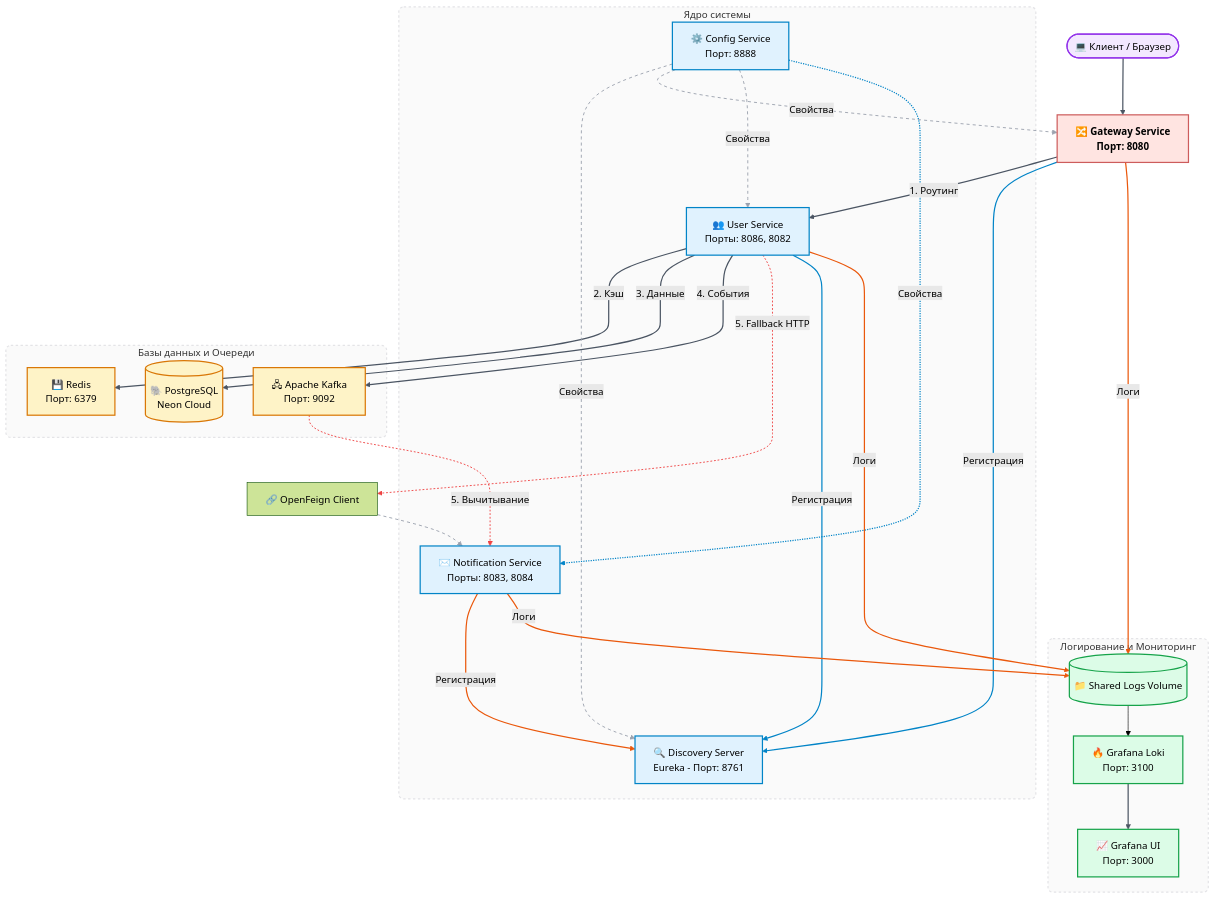
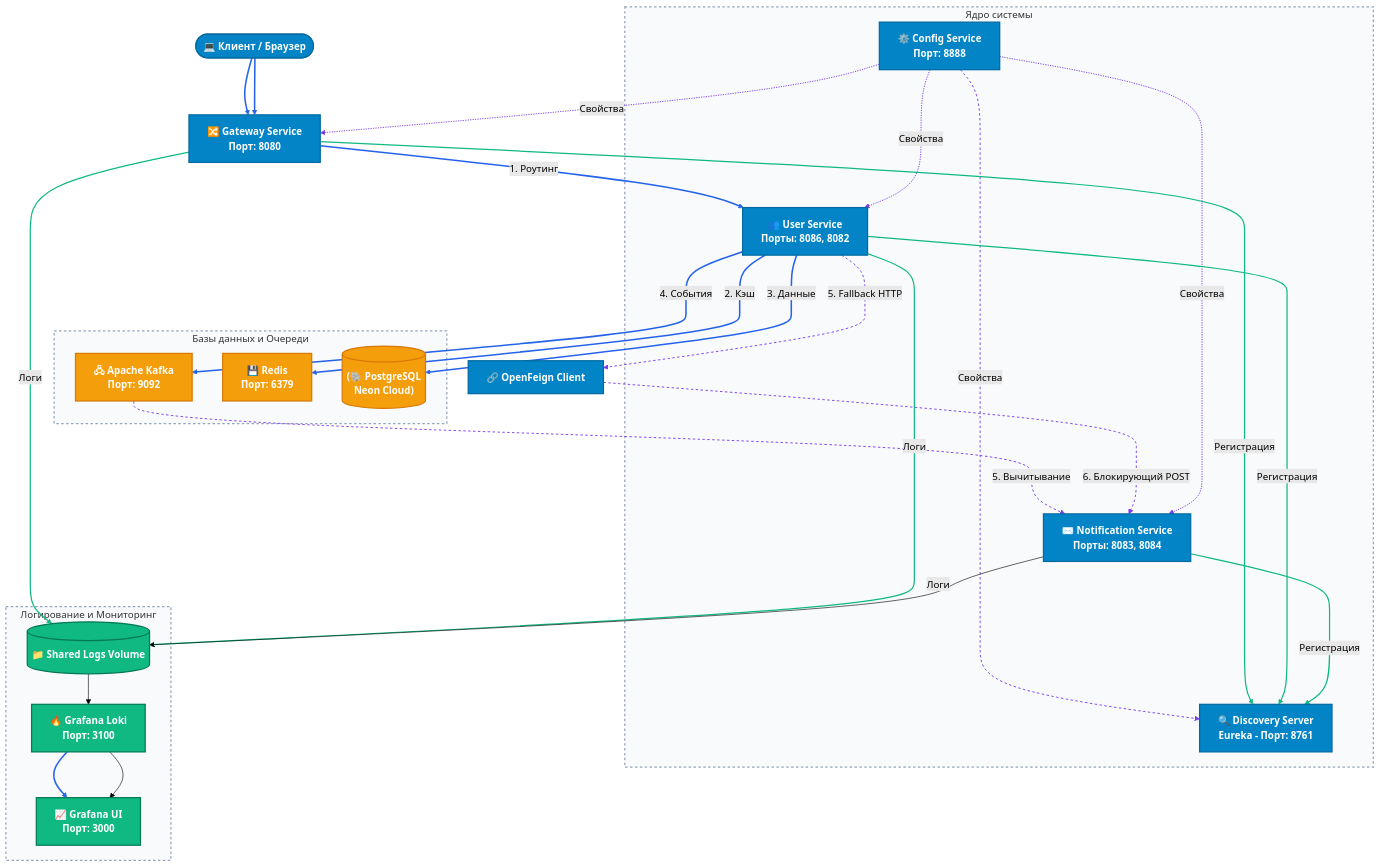
The first of 2 diagrams in README.md (maxitool/user-service), drawn with Mermaid (forest theme) before and after one commit.

````diff
--- a/README.md
+++ b/README.md
@@ -80,74 +80,82 @@
 ```mermaid
 graph TD
     %% Компоненты системы
     Client([💻 Клиент / Браузер]) --> Gateway[🔀 Gateway Service<br/>Порт: 8080]
 
     subgraph Core ["Ядро системы"]
         Config[⚙️ Config Service<br/>Порт: 8888]
         Discovery["🔍 Discovery Server<br/>Eureka - Порт: 8761"]
         US[👥 User Service<br/>Порты: 8086, 8082]
         NS[✉️ Notification Service<br/>Порты: 8083, 8084]
     end
 
     subgraph Infrastructure ["Базы данных и Очереди"]
         Kafka[🖧 Apache Kafka<br/>Порт: 9092]
         Redis[💾 Redis<br/>Порт: 6379]
-        DB[(🐘 PostgreSQL<br/>Neon Cloud)]
+        DB[("(🐘 PostgreSQL<br/>Neon Cloud)")]
     end
 
     subgraph Observability ["Логирование и Мониторинг"]
         Volume[(📁 Shared Logs Volume)]
         Loki[🔥 Grafana Loki<br/>Порт: 3100] --> Grafana[📈 Grafana UI<br/>Порт: 3000]
     end
 
-    %% Бизнес-трафик (Индексы 0-5)
+    %% ==========================================
+    %% ПОТОКИ ДАННЫХ И СВЯЗИ (Строгий порядок для linkStyle)
+    %% ==========================================
+    
+    %% Основные бизнес-потоки и трафик (Индексы 0 - 6)
+    Client --> Gateway
     Gateway -->|1. Роутинг| US
     US --->|2. Кэш| Redis
     US --->|3. Данные| DB
     US --->|4. События| Kafka
     Kafka --->|5. Вычитывание| NS
-    US -.->|5. Fallback HTTP| Feign[🔗 OpenFeign Client] --> NS
+    US -.->|5. Fallback HTTP| Feign[🔗 OpenFeign Client]
+    Feign --->|6. Блокирующий POST| NS
 
-    %% Конфигурация через Config Server (Индексы 6-9)
+    %% Конфигурация через Config Server (Индексы 7 - 10)
     Config -.->|Свойства| Discovery
     Config -.->|Свойства| Gateway
     Config -.->|Свойства| US
     Config -.->|Свойства| NS
 
-    %% Регистрация в Service Discovery (Индексы 10-12)
+    %% Регистрация в Service Discovery Eureka (Индексы 11 - 13)
     Gateway --->|Регистрация| Discovery
     US --->|Регистрация| Discovery
     NS --->|Регистрация| Discovery
 
-    %% Агрегация логов в Shared Volume (Индексы 13-16)
+    %% Агрегация логов и мониторинг (Индексы 14 - 18)
     Gateway -->|Логи| Volume
     US -->|Логи| Volume
     NS -->|Логи| Volume
     Volume --> Loki
+    Loki --> Grafana
 
-    %% Современные пастельные классы стилей компонентов
-    classDef client fill:#F3E8FF,stroke:#9333EA,stroke-width:2px;
-    classDef gateway fill:#FFE4E1,stroke:#CD5C5C,stroke-width:2px,font-weight:bold;
-    classDef core fill:#E0F2FE,stroke:#0284C7,stroke-width:2px;
-    classDef infra fill:#FEF3C7,stroke:#D97706,stroke-width:2px;
-    classDef monitor fill:#DCFCE7,stroke:#16A34A,stroke-width:2px;
+    %% ==========================================
+    %% ЯРКАЯ КОНТРАСТНАЯ СТИЛИЗАЦИЯ (Концепция 3 цветов)
+    %% ==========================================
+    classDef appStyle fill:#0284C7,stroke:#0369A1,stroke-width:2px,color:#FFFFFF,font-weight:bold;
+    classDef dataStyle fill:#F59E0B,stroke:#D97706,stroke-width:2px,color:#FFFFFF,font-weight:bold;
+    classDef logsStyle fill:#10B981,stroke:#047857,stroke-width:2px,color:#FFFFFF,font-weight:bold;
+    
+    classDef subContainer fill:#F8FAFC,stroke:#94A3B8,stroke-width:2px,stroke-dasharray: 4 4;
 
-    %% Назначение стилей элементам
-    class Client client;
-    class Gateway gateway;
-    class Config,Discovery,US,NS core;
-    class Kafka,Redis,DB infra;
-    class Volume,Loki,Grafana monitor;
+    %% Применение насыщенных цветов к компонентам
+    class Client,Gateway,Config,Discovery,US,NS,Feign appStyle;
+    class Kafka,Redis,DB dataStyle;
+    class Volume,Loki,Grafana logsStyle;
 
-    %% Кастомная стилизация контейнеров
-    style Core fill:#FAFAFA,stroke:#E4E4E7,stroke-width:2px,stroke-dasharray: 4 4,rx:8,ry:8;
-    style Infrastructure fill:#FAFAFA,stroke:#E4E4E7,stroke-width:2px,stroke-dasharray: 4 4,rx:8,ry:8;
-    style Observability fill:#FAFAFA,stroke:#E4E4E7,stroke-width:2px,stroke-dasharray: 4 4,rx:8,ry:8;
+    %% Применение стилей к рамкам подграфов
+    class Core,Infrastructure,Observability subContainer;
 
     %% Точечное управление дизайном стрелок (linkStyle)
-    linkStyle 0,1,2,3,4,5 stroke:#4B5563,stroke-width:2px;
-    linkStyle 6,7 stroke:#EF4444,stroke-width:1.5px,stroke-dasharray: 3 3;
-    linkStyle 8,9,10,11 stroke:#9CA3AF,stroke-width:1.5px,stroke-dasharray: 5 5;
-    linkStyle 12,13,14 stroke:#0284C7,stroke-width:2px;
-    linkStyle 15,16,17,18 stroke:#EA580C,stroke-width:2px;
+    %% Индексы 0-6: Активный бизнес-трафик и данные (Толстый неоновый синий)
+    linkStyle 0,1,2,3,4,5,6 stroke:#2563EB,stroke-width:2.5px;
+    %% Индексы 7-10: Служебная раздача свойств Config (Контрастный фиолетовый пунктир)
+    linkStyle 7,8,9,10 stroke:#7C3AED,stroke-width:1.5px,stroke-dasharray: 4 4;
+    %% Индексы 11-13: Инфраструктурный Heartbeat в Eureka (Фиолетовый сплошной)
+    linkStyle 11,12,13 stroke:#7C3AED,stroke-width:1.5px;
+    %% Индексы 14-18: Сбор логов и графики мониторинга (Магистральный зеленый)
+    linkStyle 14,15,16,17,18 stroke:#10B981,stroke-width:2px;
 ```
````
